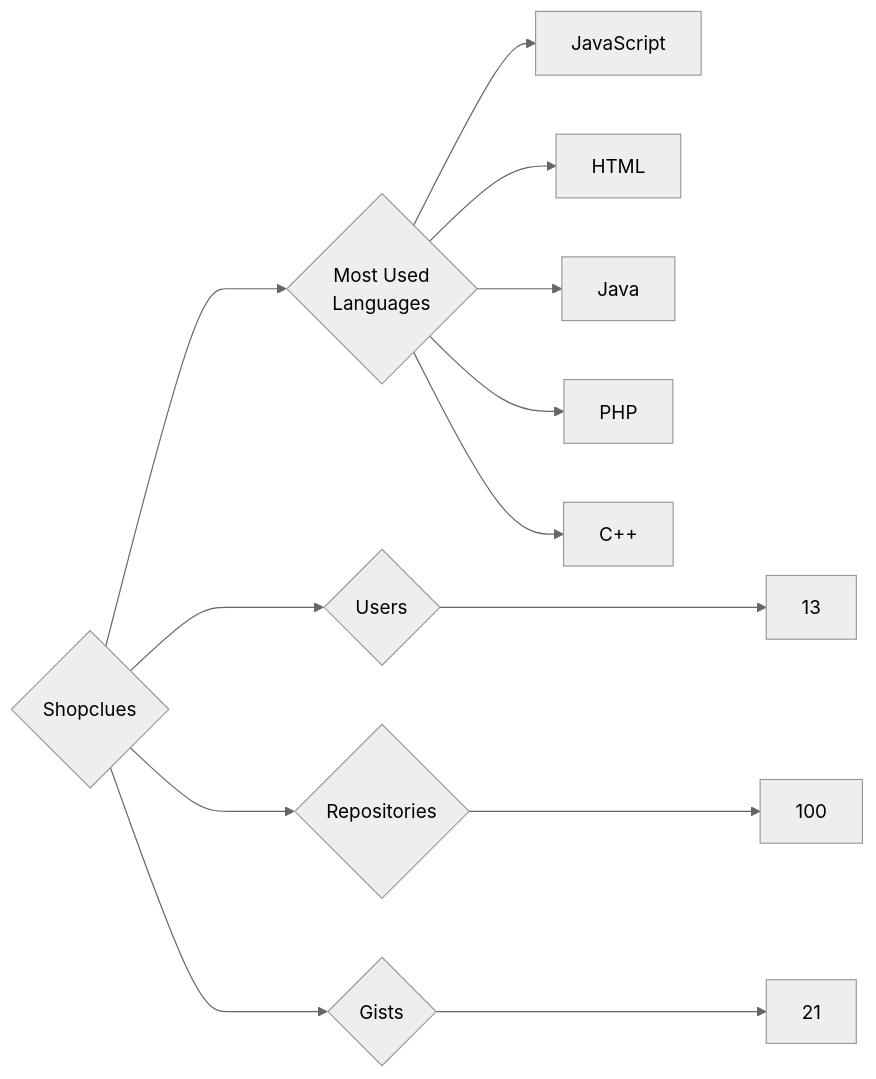
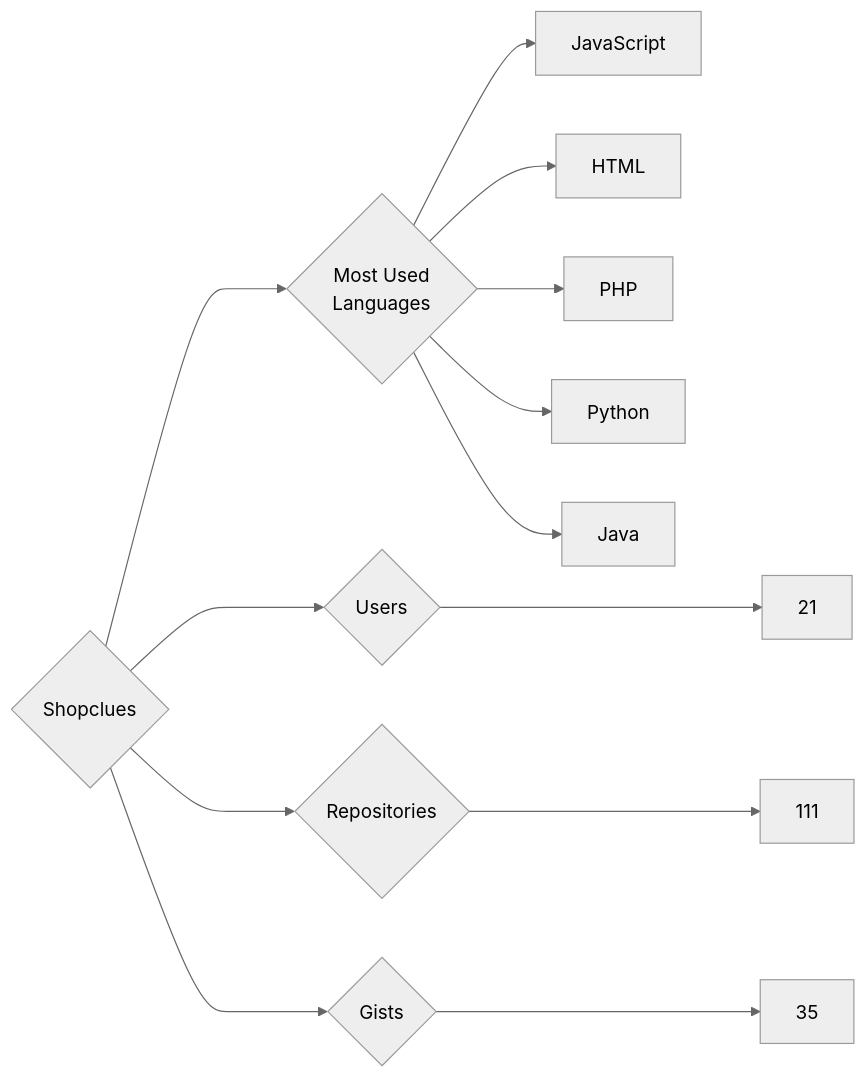
One commit to trickest/insiders changed the diagram in targets/Shopclues/README.md. Above: the diagram before and after it, drawn with Mermaid (neutral theme). The commit also changed 973 other files, not shown here.

````diff
--- a/targets/Shopclues/README.md
+++ b/targets/Shopclues/README.md
@@ -3,13 +3,13 @@
 ```mermaid
 graph LR
 COMPANY_NAME{Shopclues}
-COMPANY_NAME ---> U{Users} ---> UN[13]
-COMPANY_NAME ---> R{Repositories} ---> RN[100]
-COMPANY_NAME ---> G{Gists} ---> GN[21]
+COMPANY_NAME ---> U{Users} ---> UN[21]
+COMPANY_NAME ---> R{Repositories} ---> RN[111]
+COMPANY_NAME ---> G{Gists} ---> GN[35]
 COMPANY_NAME ---> ML{Most Used<br>Languages}
 ML --> JavaScript[JavaScript]
 ML --> HTML[HTML]
+ML --> PHP[PHP]
+ML --> Python[Python]
 ML --> Java[Java]
-ML --> PHP[PHP]
-ML --> C++[C++]
 ```
````
